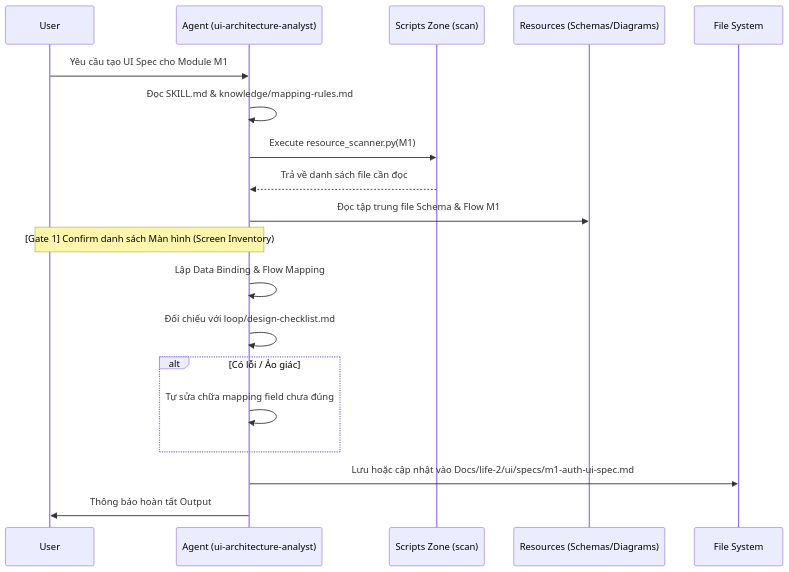
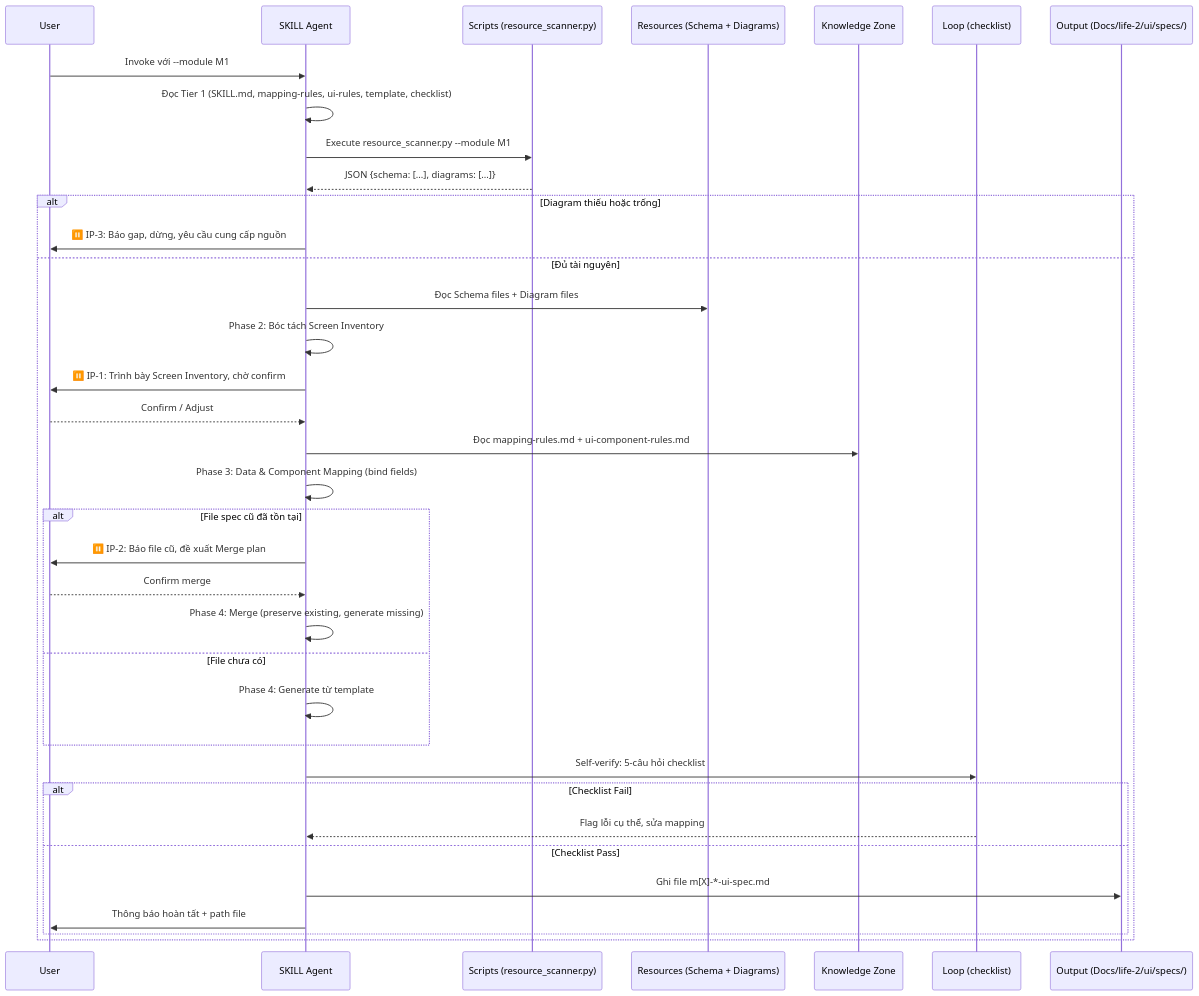
The second of 4 diagrams in .skill-context/ui-architecture-analyst/design.md (vuthuonghai-steve/KLTN-By_Thuong_Hai-Steve), drawn with Mermaid before and after one commit. The commit also changed other lines of this file and 28 other files, not shown here.

````diff
--- a/.skill-context/ui-architecture-analyst/design.md
+++ b/.skill-context/ui-architecture-analyst/design.md
@@ -75,22 +134,42 @@
 ```mermaid
 sequenceDiagram
-    participant User
-    participant AI as Agent (ui-architecture-analyst)
-    participant Scan as Scripts Zone (scan)
-    participant DB as Resources (Schemas/Diagrams)
-    participant Output as File System
+    participant U as User
+    participant S as SKILL Agent
+    participant Sc as Scripts (resource_scanner.py)
+    participant R as Resources (Schema + Diagrams)
+    participant K as Knowledge Zone
+    participant L as Loop (checklist)
+    participant Out as Output (Docs/life-2/ui/specs/)
 
-    User->>AI: Yêu cầu tạo UI Spec cho Module M1
-    AI->>AI: Đọc SKILL.md & knowledge/mapping-rules.md
-    AI->>Scan: Execute resource_scanner.py(M1)
-    Scan-->>AI: Trả về danh sách file cần đọc
-    AI->>DB: Đọc tập trung file Schema & Flow M1
-    Note over AI, User: [Gate 1] Confirm danh sách Màn hình (Screen Inventory)
-    AI->>AI: Lập Data Binding & Flow Mapping
-    AI->>AI: Đối chiếu với loop/design-checklist.md
-    alt Có lỗi / Ảo giác
-        AI->>AI: Tự sửa chữa mapping field chưa đúng
+    U->>S: Invoke với --module M1
+    S->>S: Đọc Tier 1 (SKILL.md, mapping-rules, ui-rules, template, checklist)
+    S->>Sc: Execute resource_scanner.py --module M1
+    Sc-->>S: JSON {schema: [...], diagrams: [...]}
+
+    alt Diagram thiếu hoặc trống
+        S->>U: ⏸️ IP-3: Báo gap, dừng, yêu cầu cung cấp nguồn
+    else Đủ tài nguyên
+        S->>R: Đọc Schema files + Diagram files
+        S->>S: Phase 2: Bóc tách Screen Inventory
+        S->>U: ⏸️ IP-1: Trình bày Screen Inventory, chờ confirm
+        U-->>S: Confirm / Adjust
+        S->>K: Đọc mapping-rules.md + ui-component-rules.md
+        S->>S: Phase 3: Data & Component Mapping (bind fields)
+
+        alt File spec cũ đã tồn tại
+            S->>U: ⏸️ IP-2: Báo file cũ, đề xuất Merge plan
+            U-->>S: Confirm merge
+            S->>S: Phase 4: Merge (preserve existing, generate missing)
+        else File chưa có
+            S->>S: Phase 4: Generate từ template
+        end
+
+        S->>L: Self-verify: 5-câu hỏi checklist
+        alt Checklist Fail
+            L-->>S: Flag lỗi cụ thể, sửa mapping
+        else Checklist Pass
+            S->>Out: Ghi file m[X]-*-ui-spec.md
+            S->>U: Thông báo hoàn tất + path file
+        end
     end
-    AI->>Output: Lưu hoặc cập nhật vào Docs/life-2/ui/specs/m1-auth-ui-spec.md
-    AI->>User: Thông báo hoàn tất Output
 ```
````
